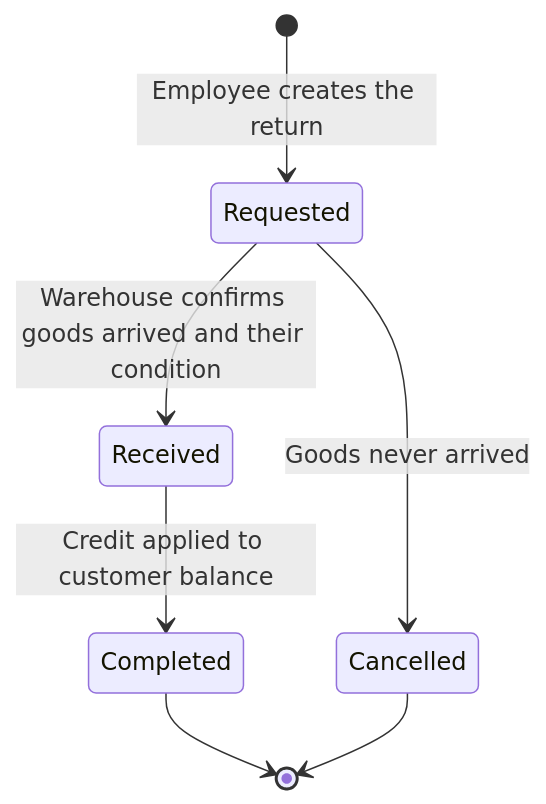
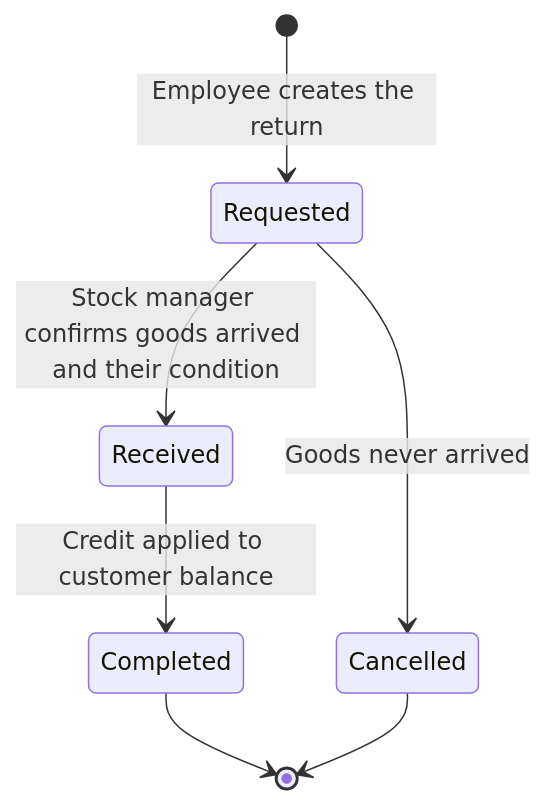
The second of 2 diagrams in docs/workflows/06-returns.md (AhmedElnagarUU/Cosmo), drawn with Mermaid before and after one commit. The commit also changed other lines of this file and 33 other files, not shown here.

````diff
--- a/docs/workflows/06-returns.md
+++ b/docs/workflows/06-returns.md
@@ -25,9 +25,9 @@
 ```mermaid
 stateDiagram-v2
     [*] --> Requested: Employee creates the return
-    Requested --> Received: Warehouse confirms goods arrived and their condition
+    Requested --> Received: Stock manager confirms goods arrived and their condition
     Received --> Completed: Credit applied to customer balance
     Requested --> Cancelled: Goods never arrived
     Completed --> [*]
     Cancelled --> [*]
 ```
````
